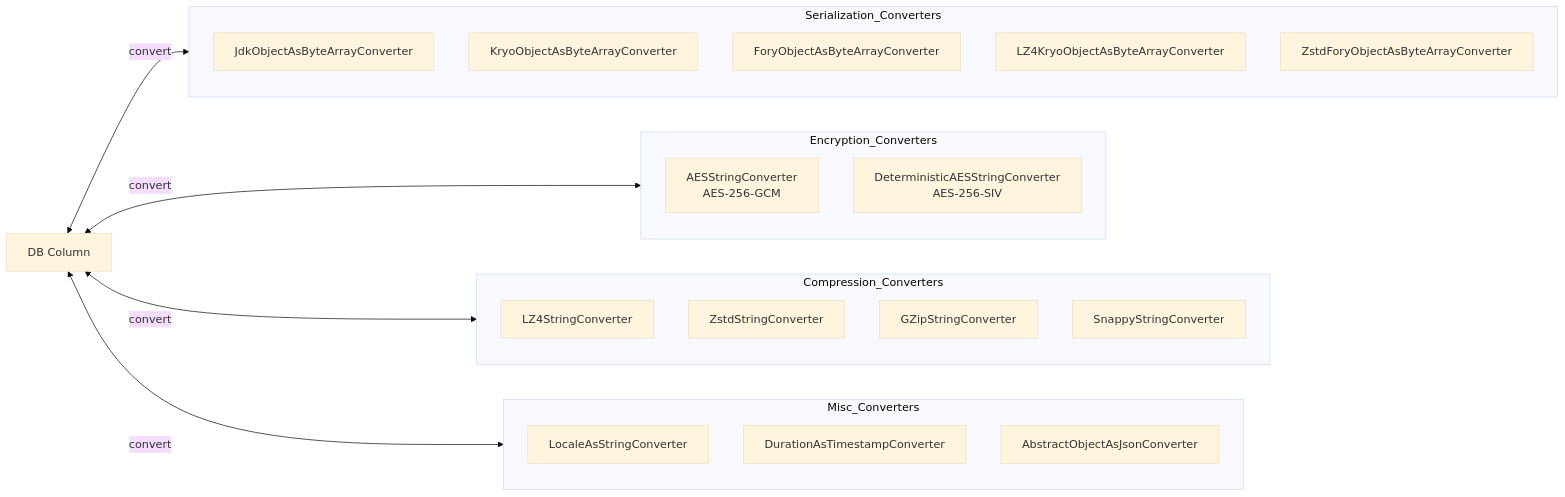
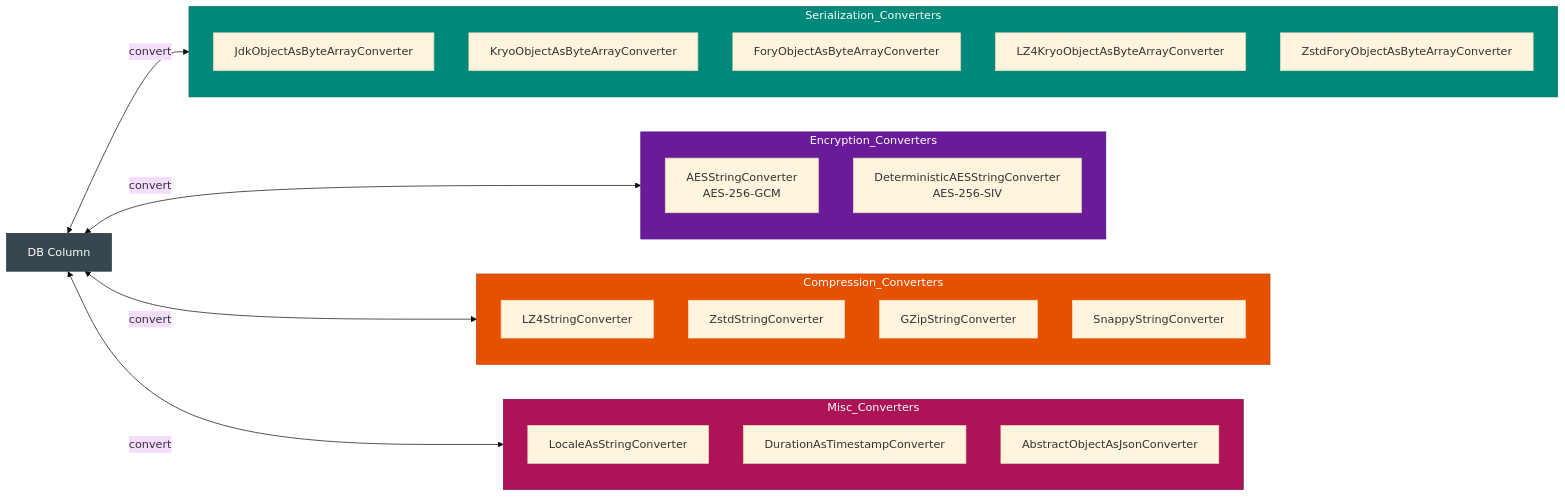
The third of 3 diagrams in data/hibernate/README.md (bluetape4k/bluetape4k-projects), drawn with Mermaid (base theme) before and after one commit. The commit also changed other lines of this file and 221 other files, not shown here.

First line of the commit message:
docs: 전체 모듈 README UML 다이어그램 보강 및 색상 업그레이드

````diff
--- a/data/hibernate/README.md
+++ b/data/hibernate/README.md
@@ -598,30 +609,42 @@
 ```mermaid
 flowchart LR
     subgraph Serialization_Converters
         A1[JdkObjectAsByteArrayConverter]
         A2[KryoObjectAsByteArrayConverter]
         A3[ForyObjectAsByteArrayConverter]
         A4[LZ4KryoObjectAsByteArrayConverter]
         A5[ZstdForyObjectAsByteArrayConverter]
     end
     subgraph Encryption_Converters
         B1[AESStringConverter<br/>AES-256-GCM]
         B2[DeterministicAESStringConverter<br/>AES-256-SIV]
     end
     subgraph Compression_Converters
         C1[LZ4StringConverter]
         C2[ZstdStringConverter]
         C3[GZipStringConverter]
         C4[SnappyStringConverter]
     end
     subgraph Misc_Converters
         D1[LocaleAsStringConverter]
         D2[DurationAsTimestampConverter]
         D3[AbstractObjectAsJsonConverter]
     end
 
     E[DB Column] <-->|convert| Serialization_Converters
     E <-->|convert| Encryption_Converters
     E <-->|convert| Compression_Converters
     E <-->|convert| Misc_Converters
+
+    classDef dbStyle fill:#37474F,stroke:#263238,color:#FFFFFF
+    classDef serStyle fill:#00897B,stroke:#00695C,color:#FFFFFF
+    classDef encStyle fill:#6A1B9A,stroke:#4A148C,color:#FFFFFF
+    classDef compStyle fill:#E65100,stroke:#BF360C,color:#FFFFFF
+    classDef miscStyle fill:#AD1457,stroke:#880E4F,color:#FFFFFF
+
+    class E dbStyle
+    class Serialization_Converters serStyle
+    class Encryption_Converters encStyle
+    class Compression_Converters compStyle
+    class Misc_Converters miscStyle
 ```
````
